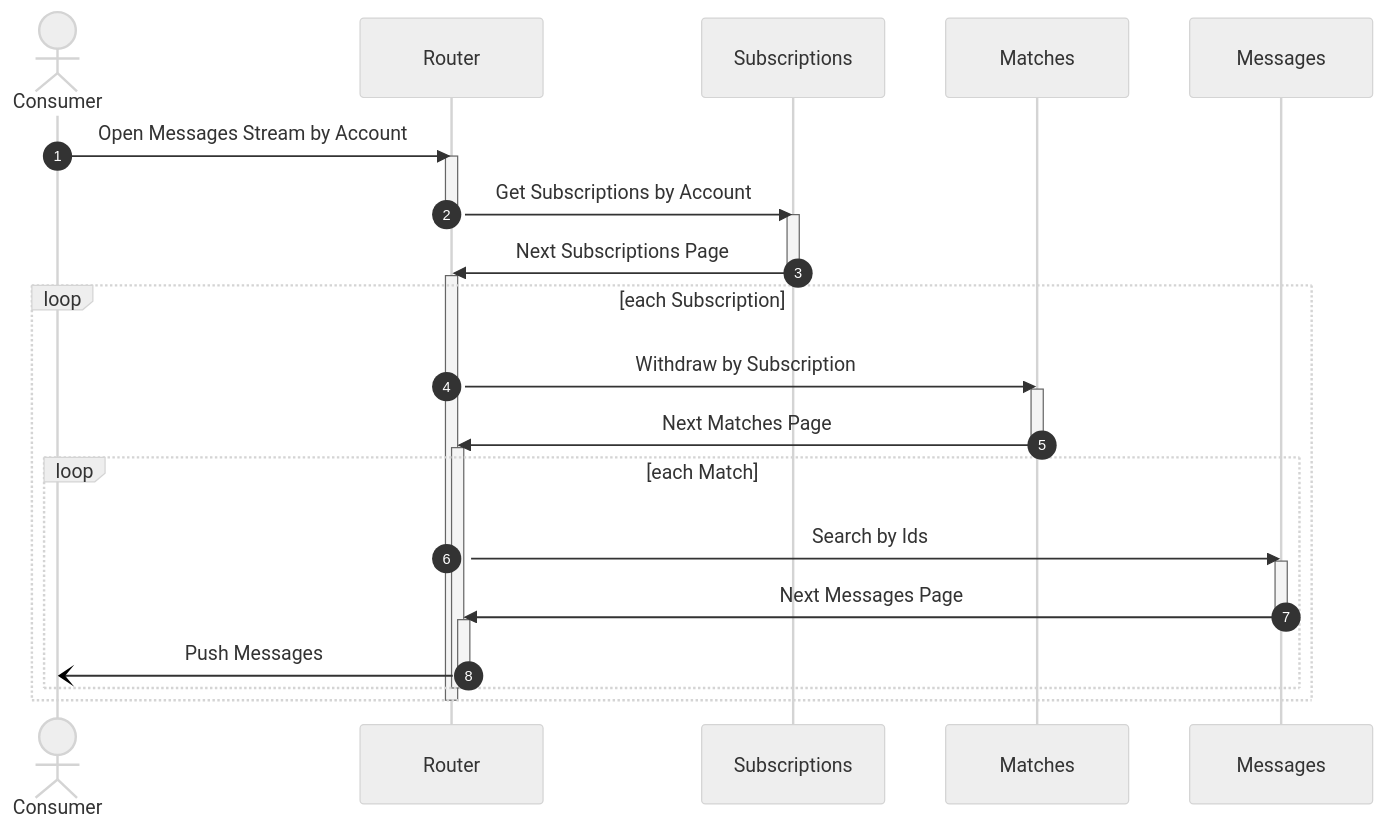
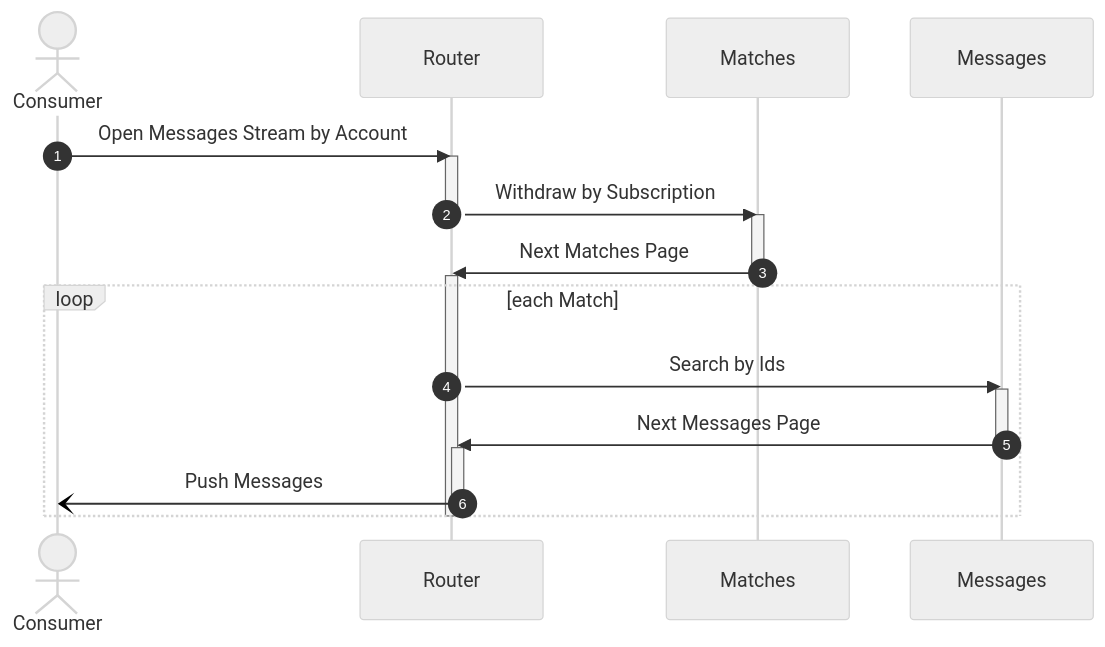
Before and after one commit to awakari/.github: the second of 3 diagrams in profile/README.md, drawn with Mermaid. The commit also changed other lines of this file and 2 other files, not shown here.

Commit message:
readme update

````diff
--- a/profile/README.md
+++ b/profile/README.md
@@ -179,50 +180,37 @@
 ```mermaid
 %%{init: {'theme': 'neutral' } }%%
 sequenceDiagram
 
     autonumber
 
     actor Consumer
     participant Router
-    participant Subscriptions
     participant Matches
     participant Messages
 
     Consumer->>Router: Open Messages Stream by Account
     
     activate Router
-    Router->>Subscriptions: Get Subscriptions by Account
+    Router->>Matches: Withdraw by Subscription
     deactivate Router
     
-    activate Subscriptions
-    Subscriptions->>Router: Next Subscriptions Page
-    deactivate Subscriptions
+    activate Matches
+    Matches->>Router: Next Matches Page
+    deactivate Matches
     
     activate Router
-    loop each Subscription
+    loop each Match      
+      
+        Router->>Messages: Search by Ids
     
-        Router->>Matches: Withdraw by Subscription
-        
-        activate Matches
-        Matches->>Router: Next Matches Page
-        deactivate Matches
+        activate Messages
+        Messages->>Router: Next Messages Page
+        deactivate Messages
         
         activate Router
-        loop each Match      
-          
-            Router->>Messages: Search by Ids
+        Router-)Consumer: Push Messages
+        deactivate Router
         
-            activate Messages
-            Messages->>Router: Next Messages Page
-            deactivate Messages
-            
-            activate Router
-            Router-)Consumer: Push Messages
-            deactivate Router
-            
-        end
-        deactivate Router
-          
     end
     deactivate Router
 ```
````
